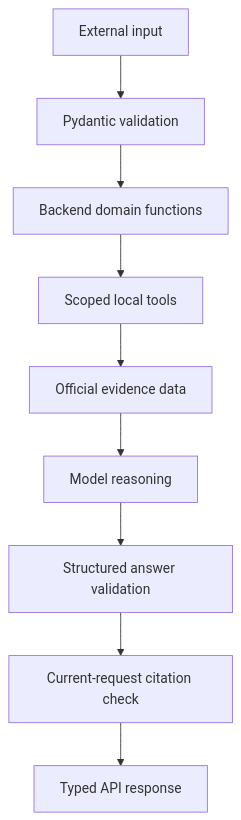
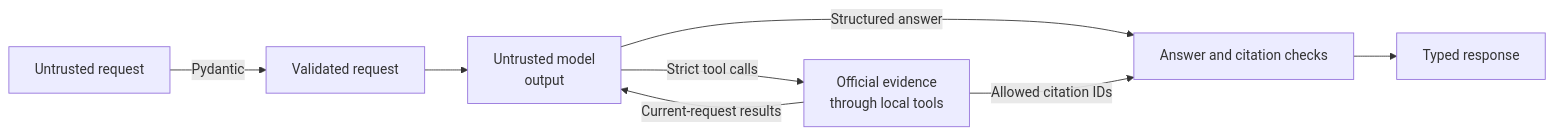
The third of 3 diagrams in docs/developer/explanation/system-architecture.md (viktor-pfaffenrot/oBDSChat), drawn with Mermaid before and after one commit. The commit also changed other lines of this file and 14 other files, not shown here.

````diff
--- a/docs/developer/explanation/system-architecture.md
+++ b/docs/developer/explanation/system-architecture.md
@@ -68,11 +76,10 @@
 ```mermaid
-flowchart TD
-    External[External input] --> Pydantic[Pydantic validation]
-    Pydantic --> Domain[Backend domain functions]
-    Domain --> Tools[Scoped local tools]
-    Tools --> Evidence[Official evidence data]
-    Evidence --> Model[Model reasoning]
-    Model --> Structured[Structured answer validation]
-    Structured --> Citation[Current-request citation check]
-    Citation --> Response[Typed API response]
+flowchart LR
+    External["Untrusted request"] -->|Pydantic| Request["Validated request"]
+    Request --> Model["Untrusted model  \n output"]
+    Model -->|Strict tool calls| Evidence["Official evidence<br/>through local tools"]
+    Evidence -->|Current-request results| Model
+    Model -->|Structured answer| Gate["Answer and citation checks"]
+    Evidence -->|Allowed citation IDs| Gate
+    Gate --> Response["Typed response"]
 ```
````
